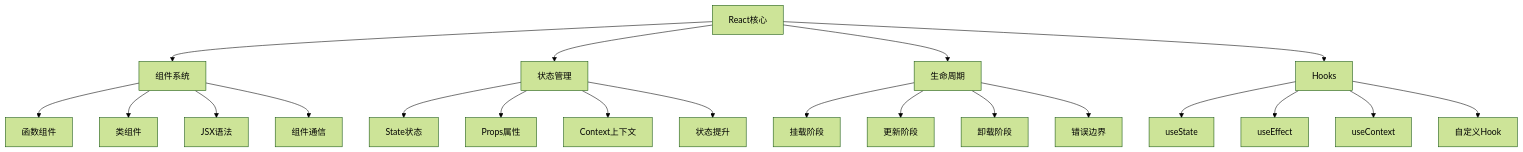
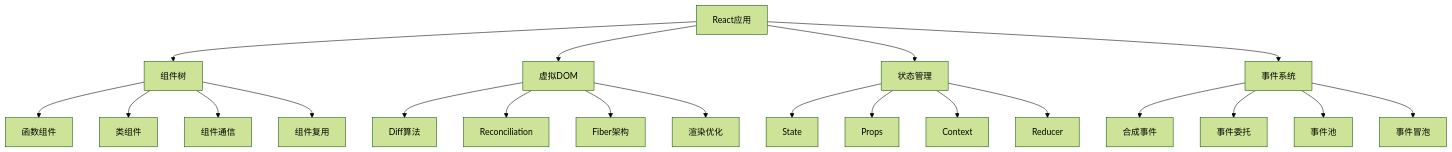
Before and after one commit to ming-xwolf/IQB: the diagram in questions/frontend/react-basics.md, drawn with Mermaid (forest theme). The commit also changed other lines of this file and 6 other files, not shown here.

Commit message:
feat: 完善frontend面试题库 - 新增浏览器API、代码质量、性能监控、Vue基础等核心内容，包含Mermaid图表和分级难度，提供全面的前端面试知识体系

````diff
--- a/questions/frontend/react-basics.md
+++ b/questions/frontend/react-basics.md
@@ -14,27 +14,27 @@
 ```mermaid
 graph TD
-    A[React核心] --> B[组件系统]
-    A --> C[状态管理]
-    A --> D[生命周期]
-    A --> E[Hooks]
+    A[React应用] --> B[组件树]
+    A --> C[虚拟DOM]
+    A --> D[状态管理]
+    A --> E[事件系统]
     
     B --> B1[函数组件]
     B --> B2[类组件]
-    B --> B3[JSX语法]
-    B --> B4[组件通信]
+    B --> B3[组件通信]
+    B --> B4[组件复用]
     
-    C --> C1[State状态]
-    C --> C2[Props属性]
-    C --> C3[Context上下文]
-    C --> C4[状态提升]
+    C --> C1[Diff算法]
+    C --> C2[Reconciliation]
+    C --> C3[Fiber架构]
+    C --> C4[渲染优化]
     
-    D --> D1[挂载阶段]
-    D --> D2[更新阶段]
-    D --> D3[卸载阶段]
-    D --> D4[错误边界]
+    D --> D1[State]
+    D --> D2[Props]
+    D --> D3[Context]
+    D --> D4[Reducer]
     
-    E --> E1[useState]
-    E --> E2[useEffect]
-    E --> E3[useContext]
-    E --> E4[自定义Hook]
+    E --> E1[合成事件]
+    E --> E2[事件委托]
+    E --> E3[事件池]
+    E --> E4[事件冒泡]
 ```
````
